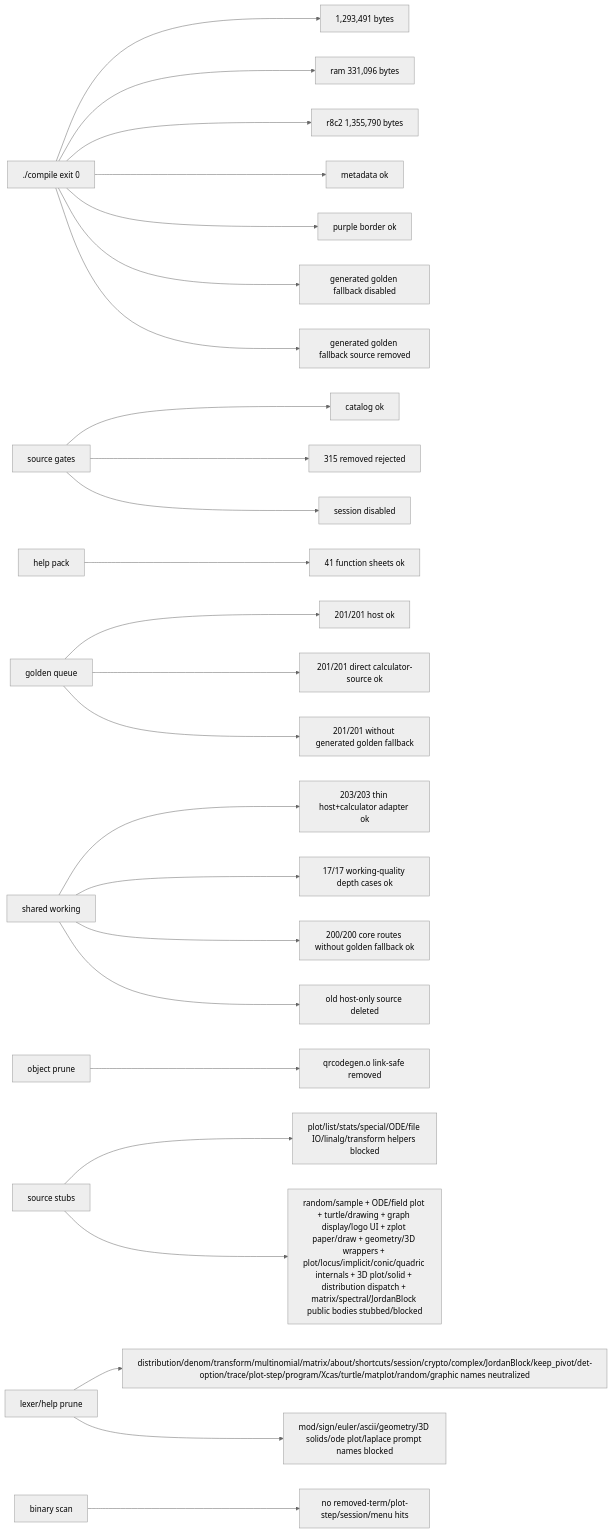
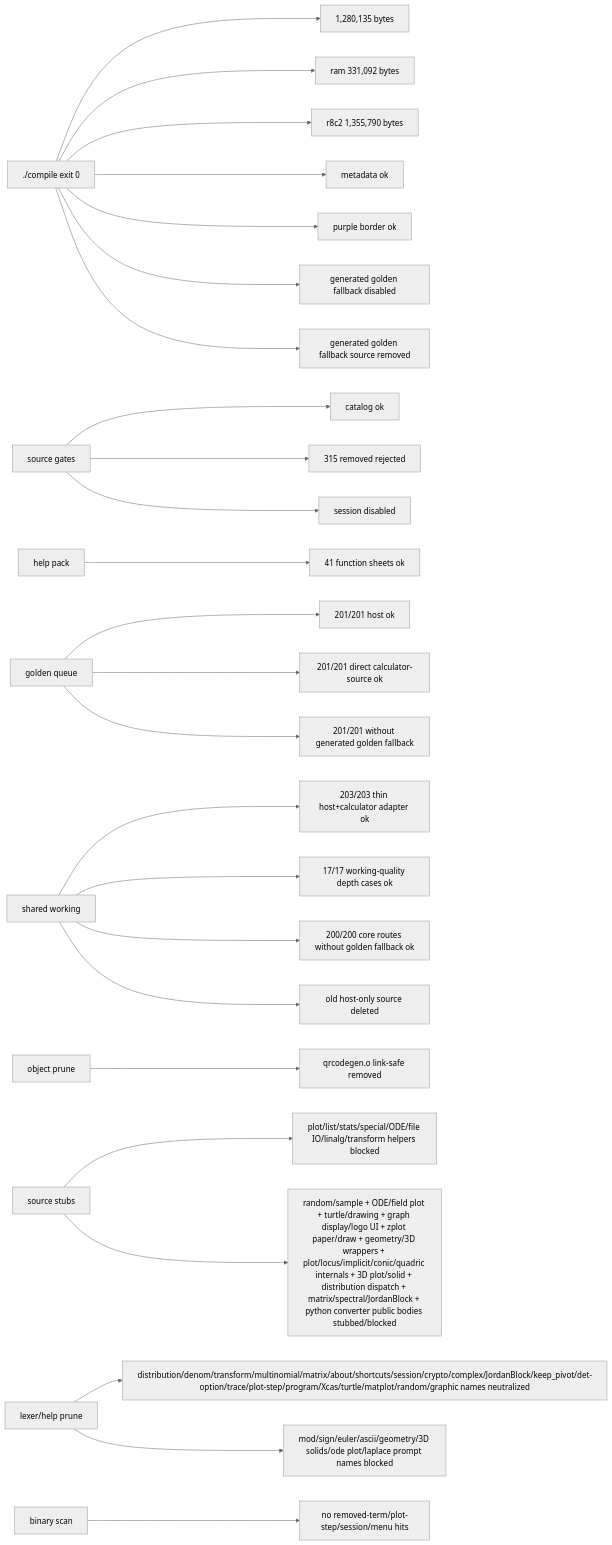
Before and after one commit to james8464/notes-addin-casio-fx-cg50: the seventh of 7 diagrams in docs/GRAPH.md, drawn with Mermaid (neutral theme). The commit also changed other lines of this file and 4 other files, not shown here.

Commit message:
prune: compile out python converter

````diff
--- a/docs/GRAPH.md
+++ b/docs/GRAPH.md
@@ -185,27 +187,27 @@
 ```mermaid
 graph LR
-  Build["./compile exit 0"] --> Size["1,293,491 bytes"]
-  Build --> Ram["ram 331,096 bytes"]
+  Build["./compile exit 0"] --> Size["1,280,135 bytes"]
+  Build --> Ram["ram 331,092 bytes"]
   Build --> R8C2["r8c2 1,355,790 bytes"]
   Build --> Meta["metadata ok"]
   Build --> Border["purple border ok"]
   Build --> NoRuntimeFallback["generated golden fallback disabled"]
   Build --> NoRuntimeSource["generated golden fallback source removed"]
   Source["source gates"] --> Catalog["catalog ok"]
   Source --> Removed["315 removed rejected"]
   Source --> Session["session disabled"]
   Help["help pack"] --> HelpQ["41 function sheets ok"]
   Queue["golden queue"] --> QueueRun["201/201 host ok"]
   Queue --> GoldenRun["201/201 direct calculator-source ok"]
   Queue --> NoGolden["201/201 without generated golden fallback"]
   Shared["shared working"] --> SharedRun["203/203 thin host+calculator adapter ok"]
   Shared --> WorkQ["17/17 working-quality depth cases ok"]
   Shared --> CoreRun["200/200 core routes without golden fallback ok"]
   Shared --> NoHostSrc["old host-only source deleted"]
   Obj["object prune"] --> QR["qrcodegen.o link-safe removed"]
   Macro["source stubs"] --> Stubbed["plot/list/stats/special/ODE/file IO/linalg/transform helpers blocked"]
-  Macro --> RuntimeStubbed["random/sample + ODE/field plot + turtle/drawing + graph display/logo UI + zplot paper/draw + geometry/3D wrappers + plot/locus/implicit/conic/quadric internals + 3D plot/solid + distribution dispatch + matrix/spectral/JordanBlock public bodies stubbed/blocked"]
+  Macro --> RuntimeStubbed["random/sample + ODE/field plot + turtle/drawing + graph display/logo UI + zplot paper/draw + geometry/3D wrappers + plot/locus/implicit/conic/quadric internals + 3D plot/solid + distribution dispatch + matrix/spectral/JordanBlock + python converter public bodies stubbed/blocked"]
   Static["lexer/help prune"] --> StaticRun["distribution/denom/transform/multinomial/matrix/about/shortcuts/session/crypto/complex/JordanBlock/keep_pivot/det-option/trace/plot-step/program/Xcas/turtle/matplot/random/graphic names neutralized"]
   Static --> PromptRun["mod/sign/euler/ascii/geometry/3D solids/ode plot/laplace prompt names blocked"]
   Bin["binary scan"] --> NoLeak["no removed-term/plot-step/session/menu hits"]
 ```
````
